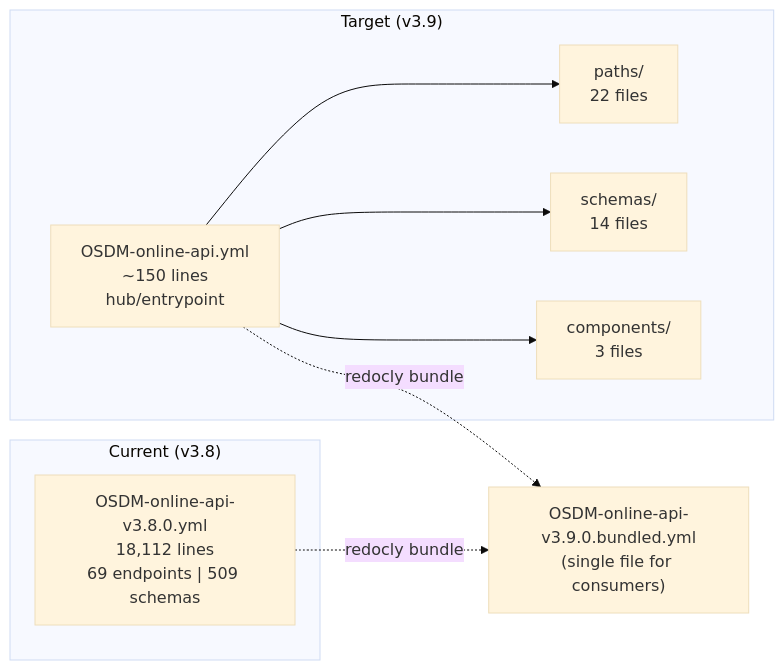
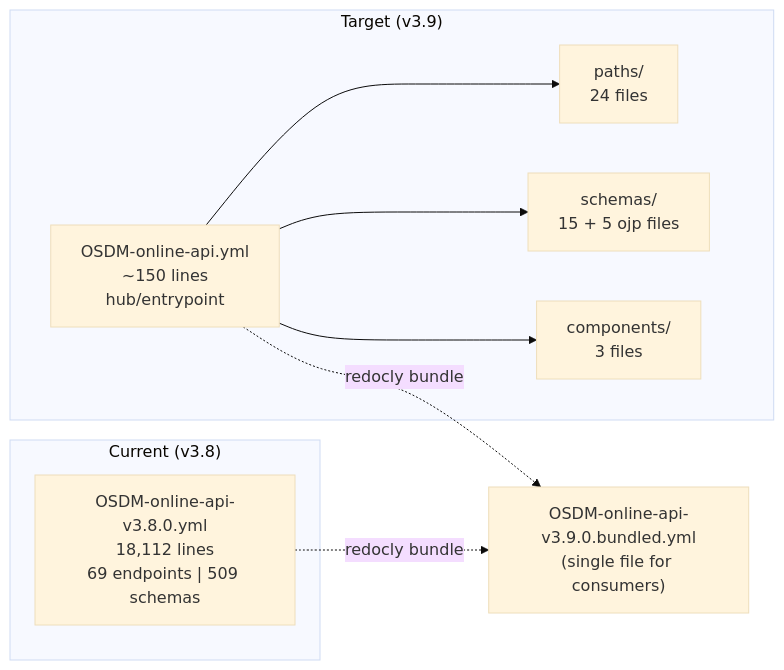
One commit to UnionInternationalCheminsdeFer/OSDM changed the first of 14 diagrams in specification/v3.9/modularization.md. Above: the diagram before and after it, drawn with Mermaid (base theme). The commit also changed other lines of this file, not shown here.

Commit message:
feat: update modularization documentation with revised directory structure and schema details

````diff
--- a/specification/v3.9/modularization.md
+++ b/specification/v3.9/modularization.md
@@ -5,19 +5,19 @@
 ```mermaid
 graph LR
     subgraph "Current (v3.8)"
         MONO["OSDM-online-api-v3.8.0.yml<br/>18,112 lines<br/>69 endpoints | 509 schemas"]
     end
 
     subgraph "Target (v3.9)"
         HUB["OSDM-online-api.yml<br/>~150 lines<br/>hub/entrypoint"]
-        P["paths/<br/>22 files"]
-        S["schemas/<br/>14 files"]
+        P["paths/<br/>24 files"]
+        S["schemas/<br/>15 + 5 ojp files"]
         C["components/<br/>3 files"]
         HUB --> P
         HUB --> S
         HUB --> C
     end
 
     MONO -.->|"redocly bundle"| BUNDLED["OSDM-online-api-v3.9.0.bundled.yml<br/>(single file for consumers)"]
     HUB -.->|"redocly bundle"| BUNDLED
 ```
````
